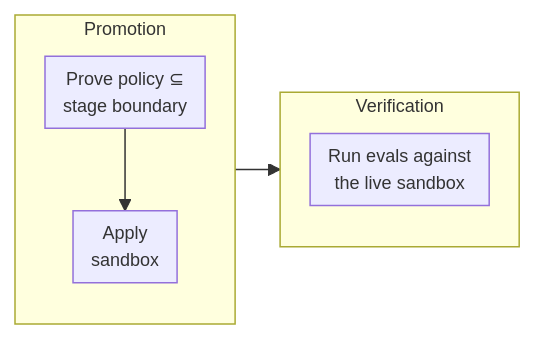
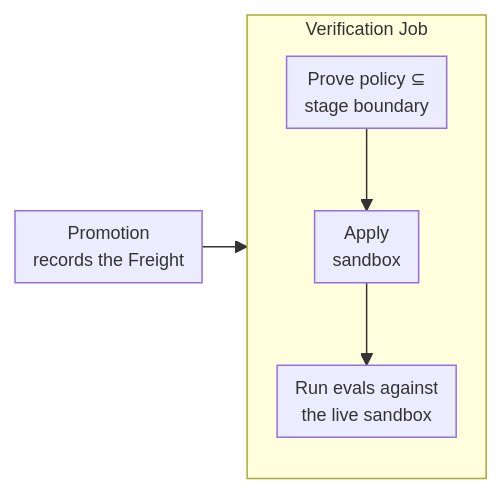
The third of 3 diagrams in README.md (VisioNetX/agent-delivery-demo), drawn with Mermaid before and after one commit. The commit also changed other lines of this file and 18 other files, not shown here.

````diff
--- a/README.md
+++ b/README.md
@@ -160,11 +161,9 @@
 ```mermaid
 %%{init: {"themeVariables": {"fontSize": "12px"}, "flowchart": {"nodeSpacing": 20, "rankSpacing": 30, "padding": 6}}}%%
 flowchart LR
-    subgraph promotion["Promotion"]
-        prove["Prove policy ⊆<br/>stage boundary"] --> apply["Apply<br/>sandbox"]
-    end
-    subgraph verification["Verification"]
-        evals["Run evals against<br/>the live sandbox"]
+    promotion["Promotion<br/>records the Freight"]
+    subgraph verification["Verification Job"]
+        prove["Prove policy ⊆<br/>stage boundary"] --> apply["Apply<br/>sandbox"] --> evals["Run evals against<br/>the live sandbox"]
     end
     promotion --> verification
 ```
````
